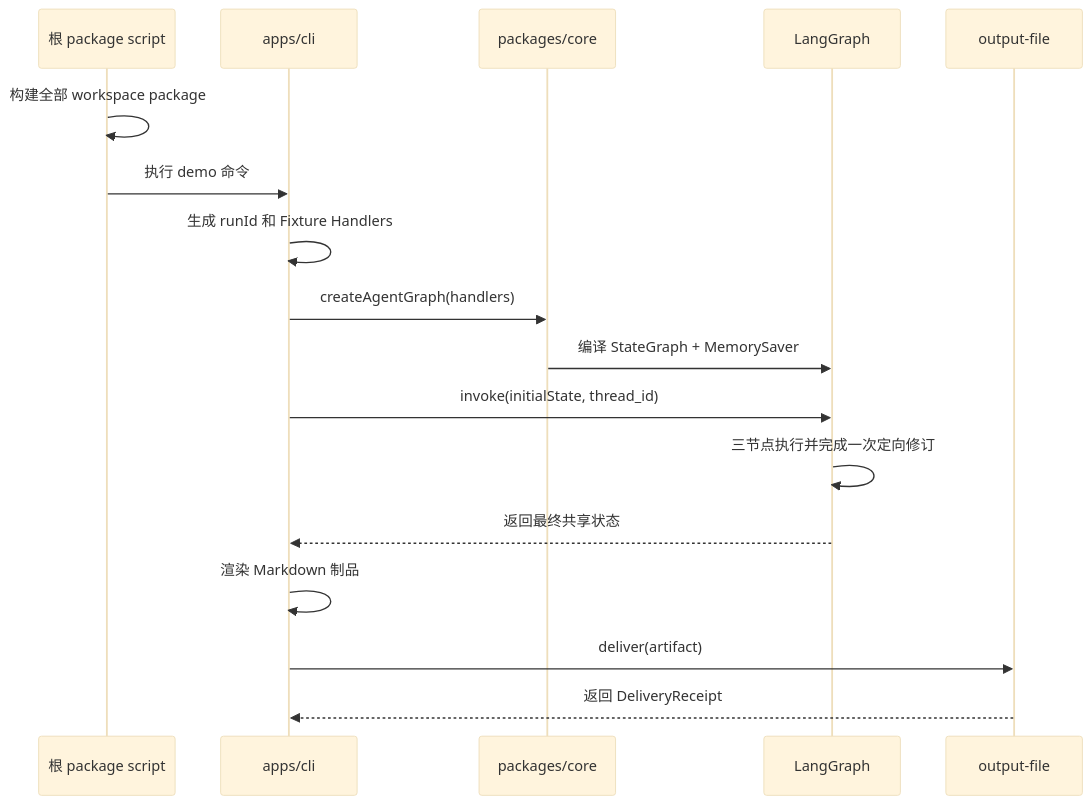
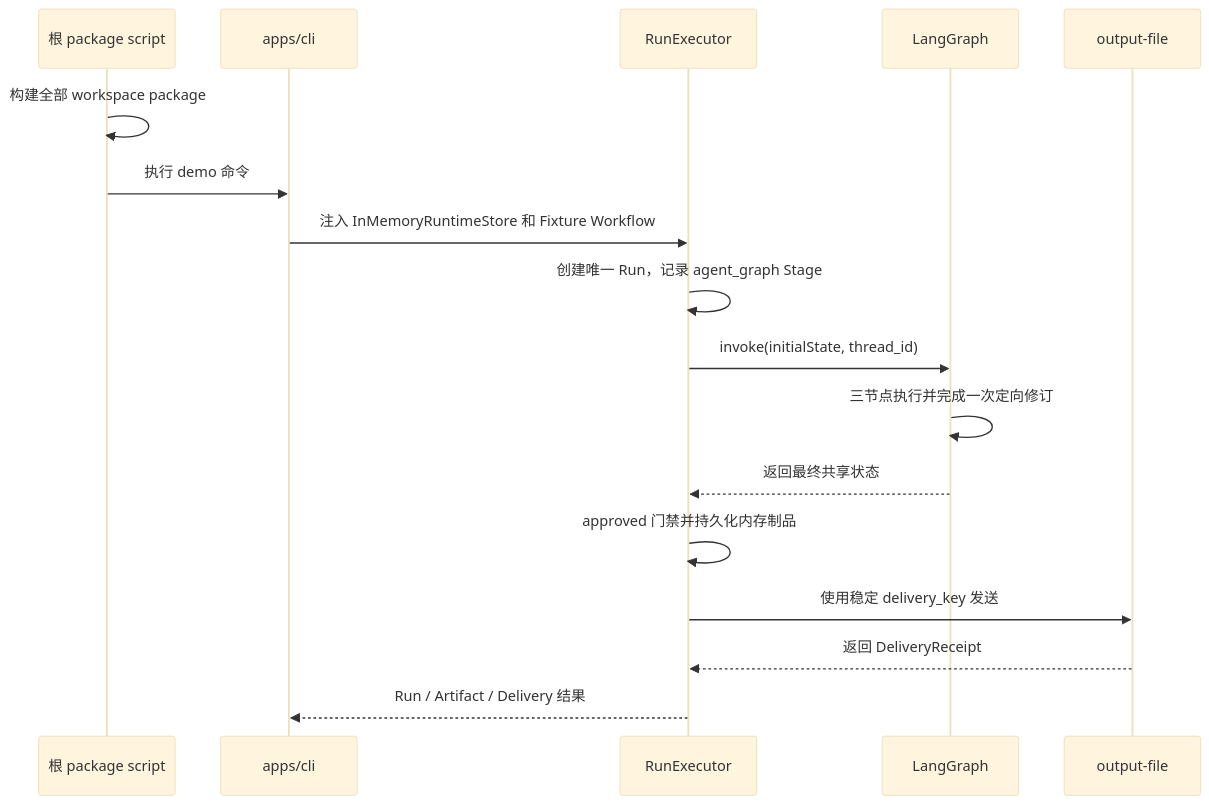
The third of 3 diagrams in docs/architecture.md (liuxzzz/finance-ai-news-agent), drawn with Mermaid (base theme) before and after one commit. The commit also changed other lines of this file and 32 other files, not shown here.

Commit message:
feat: add persistent agent runtime

````diff
--- a/docs/architecture.md
+++ b/docs/architecture.md
@@ -142,20 +151,20 @@
 ```mermaid
 sequenceDiagram
     participant Script as 根 package script
     participant CLI as apps/cli
-    participant Core as packages/core
+    participant Runtime as RunExecutor
     participant Graph as LangGraph
     participant File as output-file
 
     Script->>Script: 构建全部 workspace package
     Script->>CLI: 执行 demo 命令
-    CLI->>CLI: 生成 runId 和 Fixture Handlers
-    CLI->>Core: createAgentGraph(handlers)
-    Core->>Graph: 编译 StateGraph + MemorySaver
-    CLI->>Graph: invoke(initialState, thread_id)
+    CLI->>Runtime: 注入 InMemoryRuntimeStore 和 Fixture Workflow
+    Runtime->>Runtime: 创建唯一 Run，记录 agent_graph Stage
+    Runtime->>Graph: invoke(initialState, thread_id)
     Graph->>Graph: 三节点执行并完成一次定向修订
-    Graph-->>CLI: 返回最终共享状态
-    CLI->>CLI: 渲染 Markdown 制品
-    CLI->>File: deliver(artifact)
-    File-->>CLI: 返回 DeliveryReceipt
+    Graph-->>Runtime: 返回最终共享状态
+    Runtime->>Runtime: approved 门禁并持久化内存制品
+    Runtime->>File: 使用稳定 delivery_key 发送
+    File-->>Runtime: 返回 DeliveryReceipt
+    Runtime-->>CLI: Run / Artifact / Delivery 结果
 ```
````
